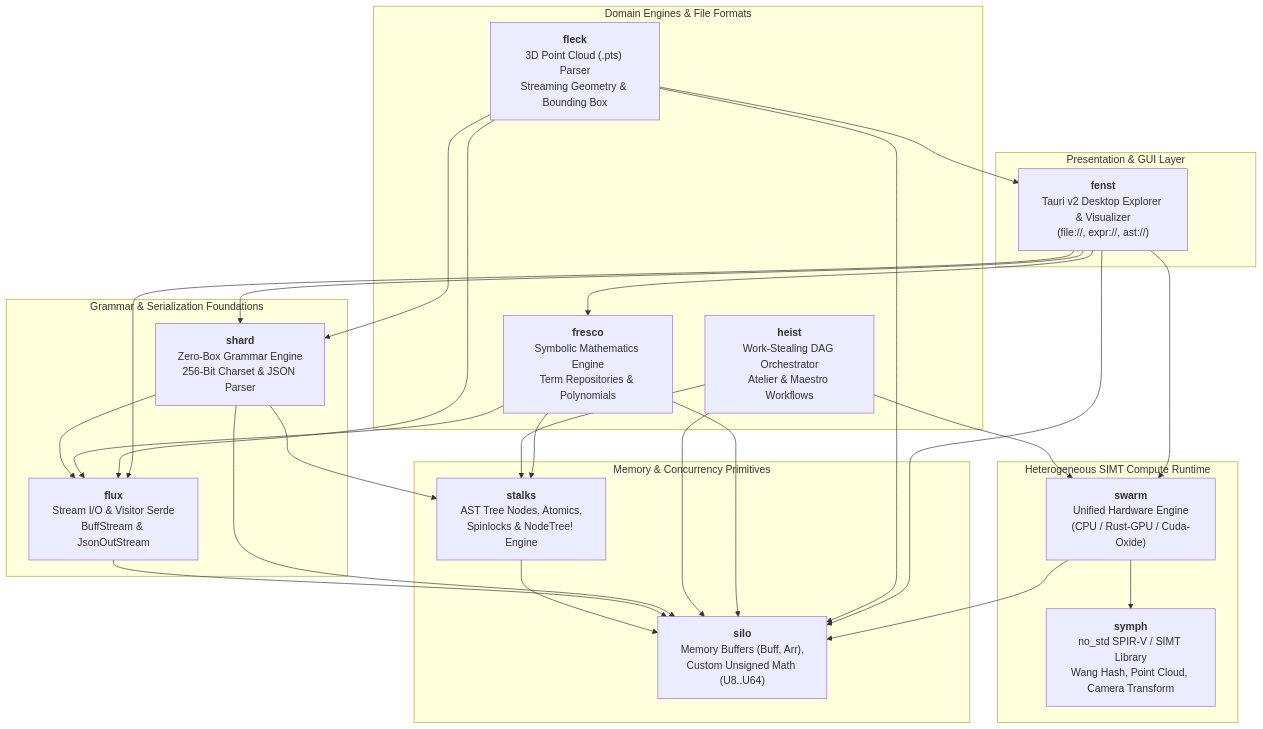
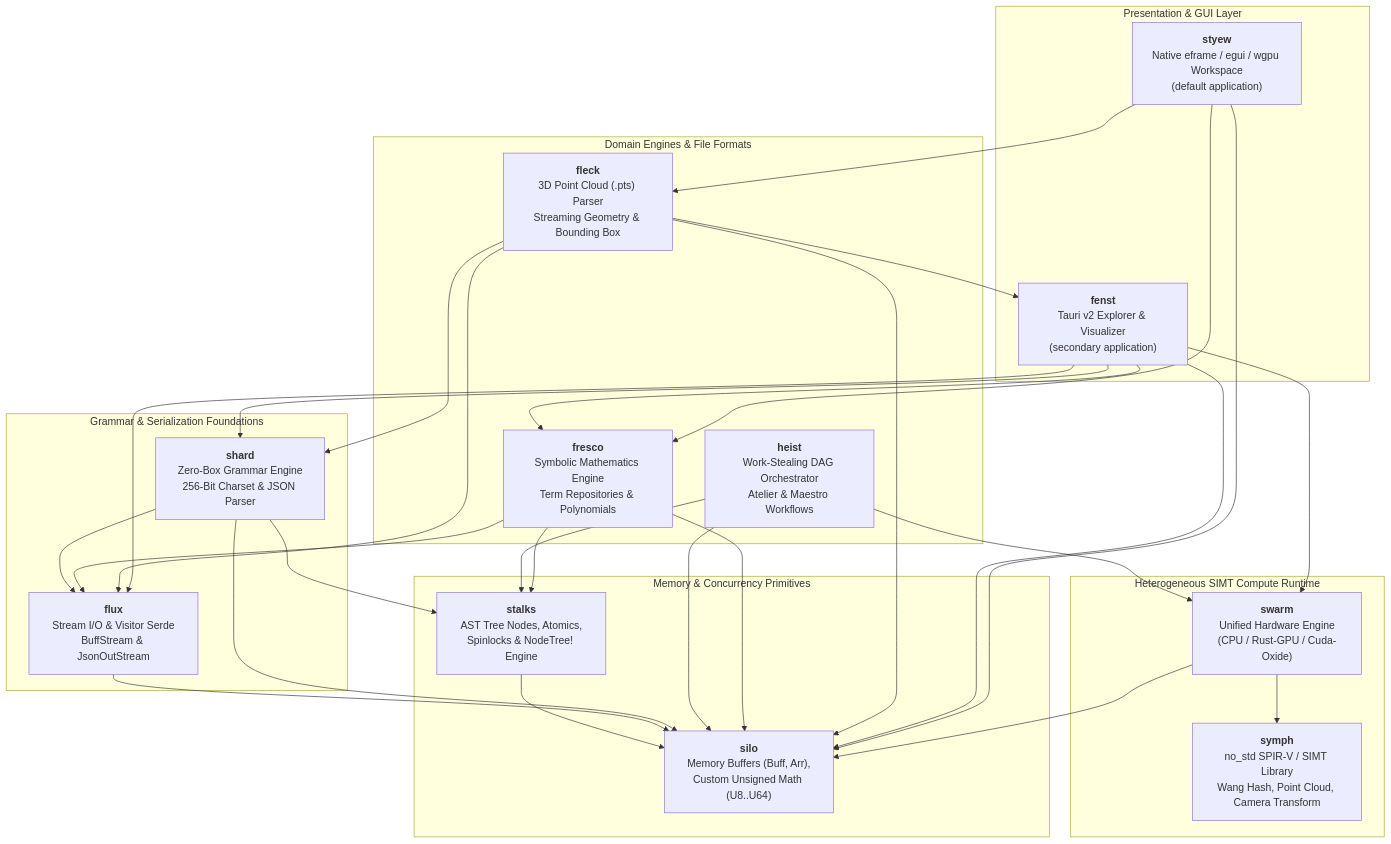
The diagram in README.md (jswarup/Kosh), drawn with Mermaid before and after one commit. The commit also changed other lines of this file and 17 other files, not shown here.

````diff
--- a/README.md
+++ b/README.md
@@ -14,56 +14,60 @@
 ```mermaid
 graph TD
     subgraph AppLayer ["Presentation & GUI Layer"]
-        Fenst["<b>fenst</b><br/>Tauri v2 Desktop Explorer & Visualizer<br/>(file://, expr://, ast://)"]
+        Styew["<b>styew</b><br/>Native eframe / egui / wgpu Workspace<br/>(default application)"]
+        Fenst["<b>fenst</b><br/>Tauri v2 Explorer & Visualizer<br/>(secondary application)"]
     end
 
     subgraph DomainLayer ["Domain Engines & File Formats"]
         Fleck["<b>fleck</b><br/>3D Point Cloud (.pts) Parser<br/>Streaming Geometry & Bounding Box"]
         Fresco["<b>fresco</b><br/>Symbolic Mathematics Engine<br/>Term Repositories & Polynomials"]
         Heist["<b>heist</b><br/>Work-Stealing DAG Orchestrator<br/>Atelier & Maestro Workflows"]
     end
 
     subgraph ComputeLayer ["Heterogeneous SIMT Compute Runtime"]
         Swarm["<b>swarm</b><br/>Unified Hardware Engine<br/>(CPU / Rust-GPU / Cuda-Oxide)"]
         Symph["<b>symph</b><br/>no_std SPIR-V / SIMT Library<br/>Wang Hash, Point Cloud, Camera Transform"]
     end
 
     subgraph CoreLayer ["Grammar & Serialization Foundations"]
         Shard["<b>shard</b><br/>Zero-Box Grammar Engine<br/>256-Bit Charset & JSON Parser"]
         Flux["<b>flux</b><br/>Stream I/O & Visitor Serde<br/>BuffStream & JsonOutStream"]
     end
 
     subgraph BaseLayer ["Memory & Concurrency Primitives"]
         Stalks["<b>stalks</b><br/>AST Tree Nodes, Atomics,<br/>Spinlocks & NodeTree! Engine"]
         Silo["<b>silo</b><br/>Memory Buffers (Buff, Arr),<br/>Custom Unsigned Math (U8..U64)"]
     end
 
+    Styew --> Fleck
+    Styew --> Fresco
+    Styew --> Silo
     Fenst --> Silo
     Fenst --> Flux
     Fenst --> Swarm
     Fenst --> Fresco
     Fenst --> Shard
 
     Fleck --> Shard
     Fleck --> Silo
     Fleck --> Flux
     Fleck --> Fenst
 
     Fresco --> Silo
     Fresco --> Flux
     Fresco --> Stalks
 
     Heist --> Silo
     Heist --> Stalks
     Heist --> Swarm
 
     Swarm --> Silo
     Swarm --> Symph
 
     Shard --> Silo
     Shard --> Stalks
     Shard --> Flux
 
     Flux --> Silo
     Stalks --> Silo
 ```
````
